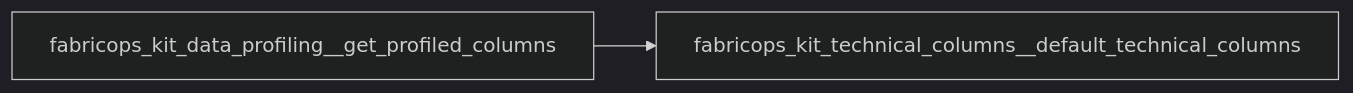
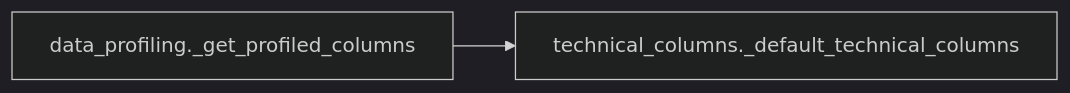
One commit to Voycepeh/FabricOps-Starter-Kit changed the second of 2 diagrams in docs/api/modules/data_profiling.md. Above: the diagram before and after it, drawn with Mermaid (dark theme). The commit also changed other lines of this file and 14 other files, not shown here.

Commit message:
Polish dependency graph rendering and module docs UX

````diff
--- a/docs/api/modules/data_profiling.md
+++ b/docs/api/modules/data_profiling.md
@@ -42,4 +40,4 @@
 ```mermaid
 flowchart LR
-  fabricops_kit_data_profiling__get_profiled_columns --> fabricops_kit_technical_columns__default_technical_columns
+  c1[data_profiling._get_profiled_columns] --> d1[technical_columns._default_technical_columns]
 ```
````
